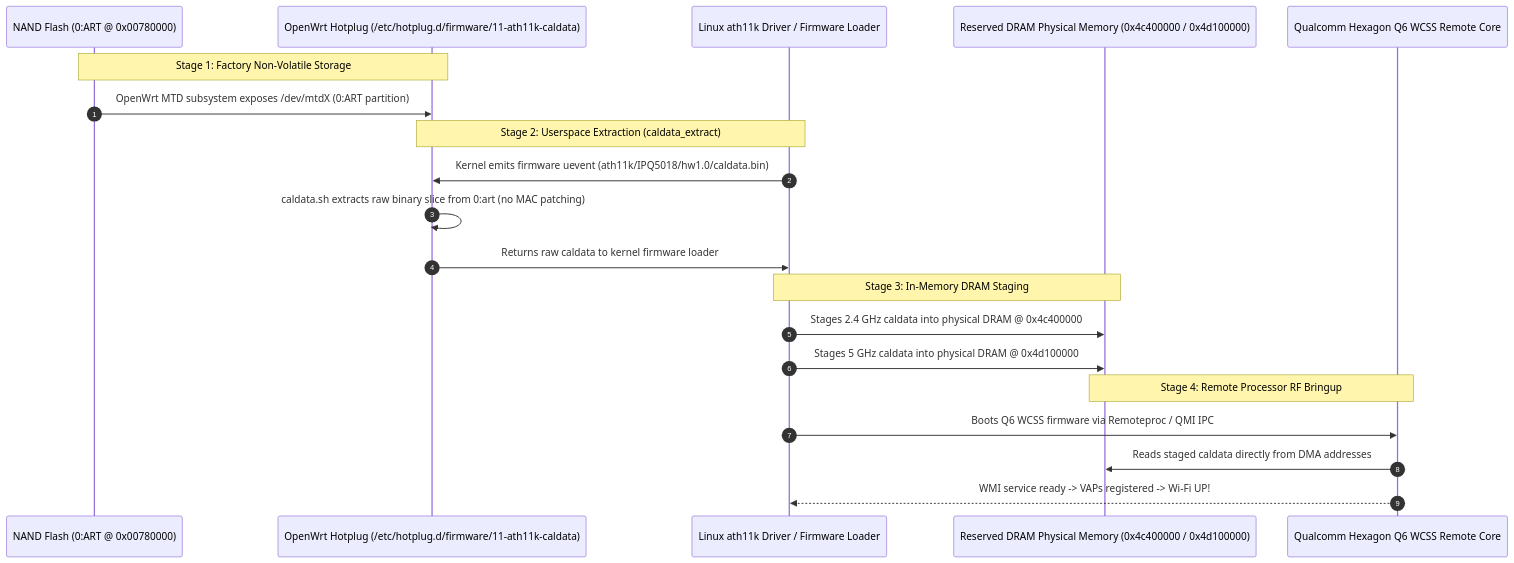
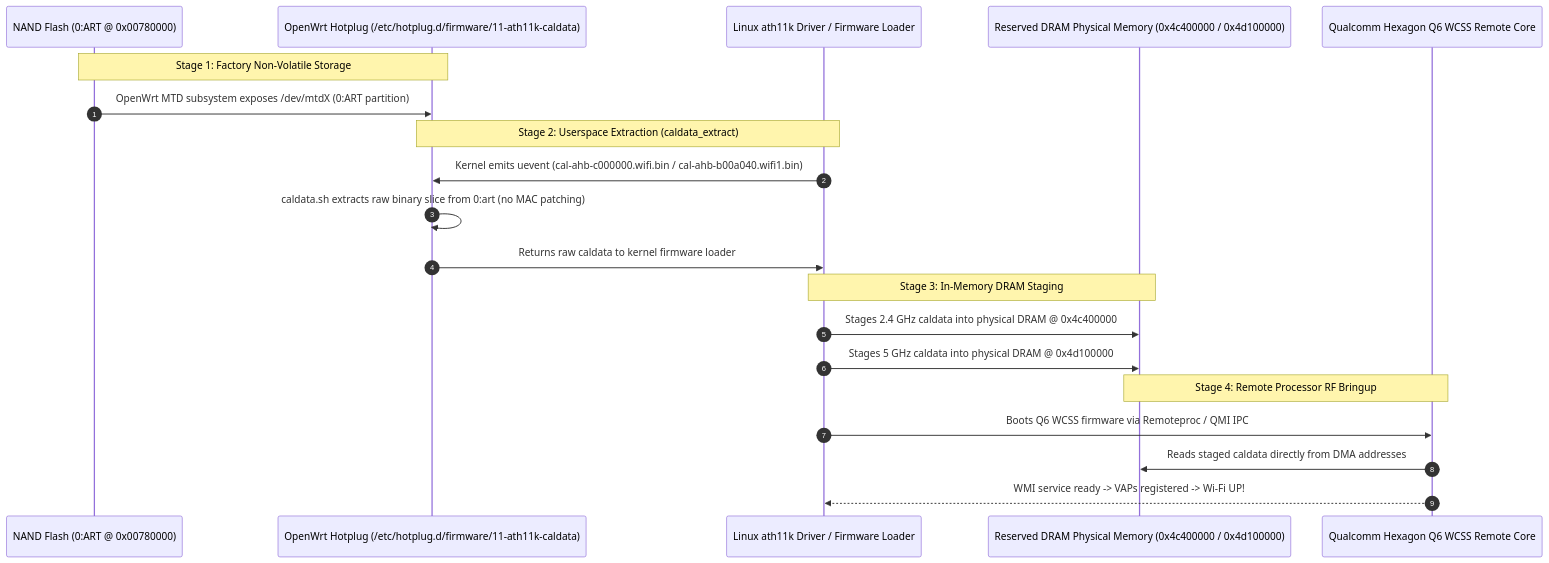
One commit to KiritoMainBro88/CR8808-CUSTOM-FIRMWARE changed the diagram in docs/WIFI_CALIBRATION_DESIGN.md. Above: the diagram before and after it, drawn with Mermaid. The commit also changed other lines of this file and 8 other files, not shown here.

Commit message:
docs(g1-rev5.2): reconcile exact caldata paths, AHB bus, PCIe ID audit, and NAND geometry

````diff
--- a/docs/WIFI_CALIBRATION_DESIGN.md
+++ b/docs/WIFI_CALIBRATION_DESIGN.md
@@ -30,26 +34,26 @@
 ```mermaid
 sequenceDiagram
     autonumber
     participant NAND as NAND Flash (0:ART @ 0x00780000)
     participant Hotplug as OpenWrt Hotplug (/etc/hotplug.d/firmware/11-ath11k-caldata)
     participant ath11k as Linux ath11k Driver / Firmware Loader
     participant DRAM as Reserved DRAM Physical Memory (0x4c400000 / 0x4d100000)
     participant Q6 as Qualcomm Hexagon Q6 WCSS Remote Core
 
     Note over NAND,Hotplug: Stage 1: Factory Non-Volatile Storage
     NAND->>Hotplug: OpenWrt MTD subsystem exposes /dev/mtdX (0:ART partition)
     
     Note over Hotplug,ath11k: Stage 2: Userspace Extraction (caldata_extract)
-    ath11k->>Hotplug: Kernel emits firmware uevent (ath11k/IPQ5018/hw1.0/caldata.bin)
+    ath11k->>Hotplug: Kernel emits uevent (cal-ahb-c000000.wifi.bin / cal-ahb-b00a040.wifi1.bin)
     Hotplug->>Hotplug: caldata.sh extracts raw binary slice from 0:art (no MAC patching)
     Hotplug->>ath11k: Returns raw caldata to kernel firmware loader
 
     Note over ath11k,DRAM: Stage 3: In-Memory DRAM Staging
     ath11k->>DRAM: Stages 2.4 GHz caldata into physical DRAM @ 0x4c400000
     ath11k->>DRAM: Stages 5 GHz caldata into physical DRAM @ 0x4d100000
 
     Note over DRAM,Q6: Stage 4: Remote Processor RF Bringup
     ath11k->>Q6: Boots Q6 WCSS firmware via Remoteproc / QMI IPC
     Q6->>DRAM: Reads staged caldata directly from DMA addresses
     Q6-->>ath11k: WMI service ready -> VAPs registered -> Wi-Fi UP!
 ```
````
